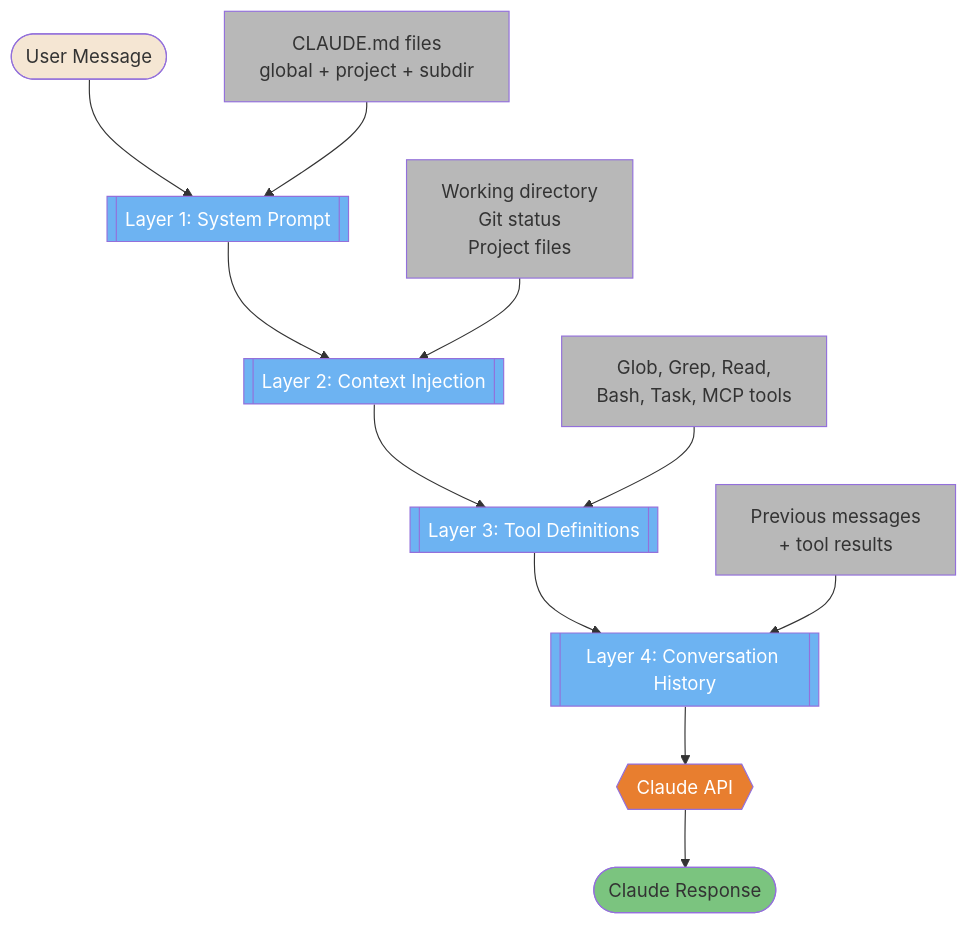
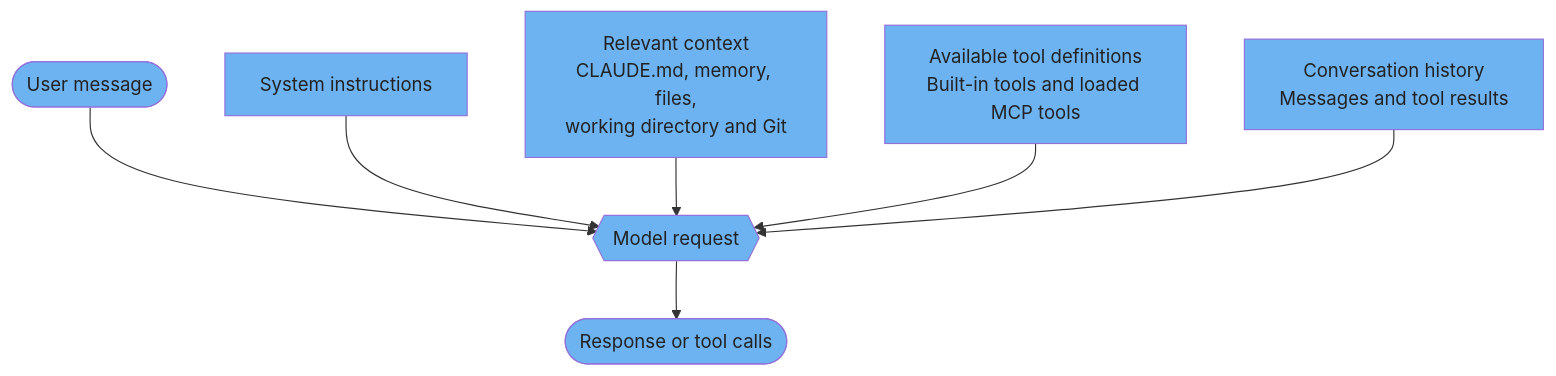
One commit to FlorianBruniaux/claude-code-ultimate-guide changed the first of 4 diagrams in guide/diagrams/01-foundations.md. Above: the diagram before and after it, drawn with Mermaid. The commit also changed other lines of this file and 17 other files, not shown here.

Commit message:
docs: refresh all diagrams and correct their source guidance

````diff
--- a/guide/diagrams/01-foundations.md
+++ b/guide/diagrams/01-foundations.md
@@ -17,38 +17,23 @@
 ```mermaid
 flowchart TD
-    A([User Message]) --> B[[Layer 1: System Prompt]]
-    B --> C[[Layer 2: Context Injection]]
-    C --> D[[Layer 3: Tool Definitions]]
-    D --> E[[Layer 4: Conversation History]]
-    E --> F{{Claude API}}
-    F --> G([Claude Response])
-
-    B1[CLAUDE.md files<br/>global + project + subdir] --> B
-    C1[Working directory<br/>Git status<br/>Project files] --> C
-    D1[Glob, Grep, Read,<br/>Bash, Task, MCP tools] --> D
-    E1[Previous messages<br/>+ tool results] --> E
-
-    style A fill:#F5E6D3,color:#333
-    style B fill:#6DB3F2,color:#fff
-    style C fill:#6DB3F2,color:#fff
-    style D fill:#6DB3F2,color:#fff
-    style E fill:#6DB3F2,color:#fff
-    style F fill:#E87E2F,color:#fff
-    style G fill:#7BC47F,color:#333
-    style B1 fill:#B8B8B8,color:#333
-    style C1 fill:#B8B8B8,color:#333
-    style D1 fill:#B8B8B8,color:#333
-    style E1 fill:#B8B8B8,color:#333
-
-    click A href "https://github.com/FlorianBruniaux/claude-code-ultimate-guide/blob/main/guide/ultimate-guide.md#12-first-workflow" "First Workflow"
-    click B href "https://github.com/FlorianBruniaux/claude-code-ultimate-guide/blob/main/guide/core/architecture.md#1-the-master-loop" "Layer 1: System Prompt"
-    click B1 href "https://github.com/FlorianBruniaux/claude-code-ultimate-guide/blob/main/guide/ultimate-guide.md#31-memory-files-claudemd" "Memory Files (CLAUDE.md)"
-    click C href "https://github.com/FlorianBruniaux/claude-code-ultimate-guide/blob/main/guide/ultimate-guide.md#22-context-management" "Layer 2: Context Injection"
-    click C1 href "https://github.com/FlorianBruniaux/claude-code-ultimate-guide/blob/main/guide/ultimate-guide.md#22-context-management" "Context Management"
-    click D href "https://github.com/FlorianBruniaux/claude-code-ultimate-guide/blob/main/guide/core/architecture.md#2-the-tool-arsenal" "Layer 3: Tool Definitions"
-    click D1 href "https://github.com/FlorianBruniaux/claude-code-ultimate-guide/blob/main/guide/core/architecture.md#2-the-tool-arsenal" "Tool Arsenal"
-    click E href "https://github.com/FlorianBruniaux/claude-code-ultimate-guide/blob/main/guide/ultimate-guide.md#22-context-management" "Layer 4: Conversation History"
-    click E1 href "https://github.com/FlorianBruniaux/claude-code-ultimate-guide/blob/main/guide/ultimate-guide.md#22-context-management" "Context Management"
-    click F href "https://github.com/FlorianBruniaux/claude-code-ultimate-guide/blob/main/guide/core/architecture.md#1-the-master-loop" "Claude API — Master Loop"
-    click G href "https://github.com/FlorianBruniaux/claude-code-ultimate-guide/blob/main/guide/core/architecture.md#1-the-master-loop" "Claude Response"
+    A([User message]) --> F{{Model request}}
+    B[System instructions] --> F
+    C[Relevant context<br/>CLAUDE.md, memory, files,<br/>working directory and Git] --> F
+    D[Available tool definitions<br/>Built-in tools and loaded MCP tools] --> F
+    E[Conversation history<br/>Messages and tool results] --> F
+    F --> G([Response or tool calls])
+    style A fill:#6DB3F2,color:#222
+    click A href "https://github.com/FlorianBruniaux/claude-code-ultimate-guide/blob/main/guide/ultimate-guide.md#22-context-management" "Context management"
+    style B fill:#6DB3F2,color:#222
+    click B href "https://github.com/FlorianBruniaux/claude-code-ultimate-guide/blob/main/guide/ultimate-guide.md#22-context-management" "Context management"
+    style C fill:#6DB3F2,color:#222
+    click C href "https://github.com/FlorianBruniaux/claude-code-ultimate-guide/blob/main/guide/ultimate-guide.md#22-context-management" "Context management"
+    style D fill:#6DB3F2,color:#222
+    click D href "https://github.com/FlorianBruniaux/claude-code-ultimate-guide/blob/main/guide/ultimate-guide.md#22-context-management" "Context management"
+    style E fill:#6DB3F2,color:#222
+    click E href "https://github.com/FlorianBruniaux/claude-code-ultimate-guide/blob/main/guide/ultimate-guide.md#22-context-management" "Context management"
+    style F fill:#6DB3F2,color:#222
+    click F href "https://github.com/FlorianBruniaux/claude-code-ultimate-guide/blob/main/guide/ultimate-guide.md#22-context-management" "Context management"
+    style G fill:#6DB3F2,color:#222
+    click G href "https://github.com/FlorianBruniaux/claude-code-ultimate-guide/blob/main/guide/ultimate-guide.md#22-context-management" "Context management"
 ```
````
